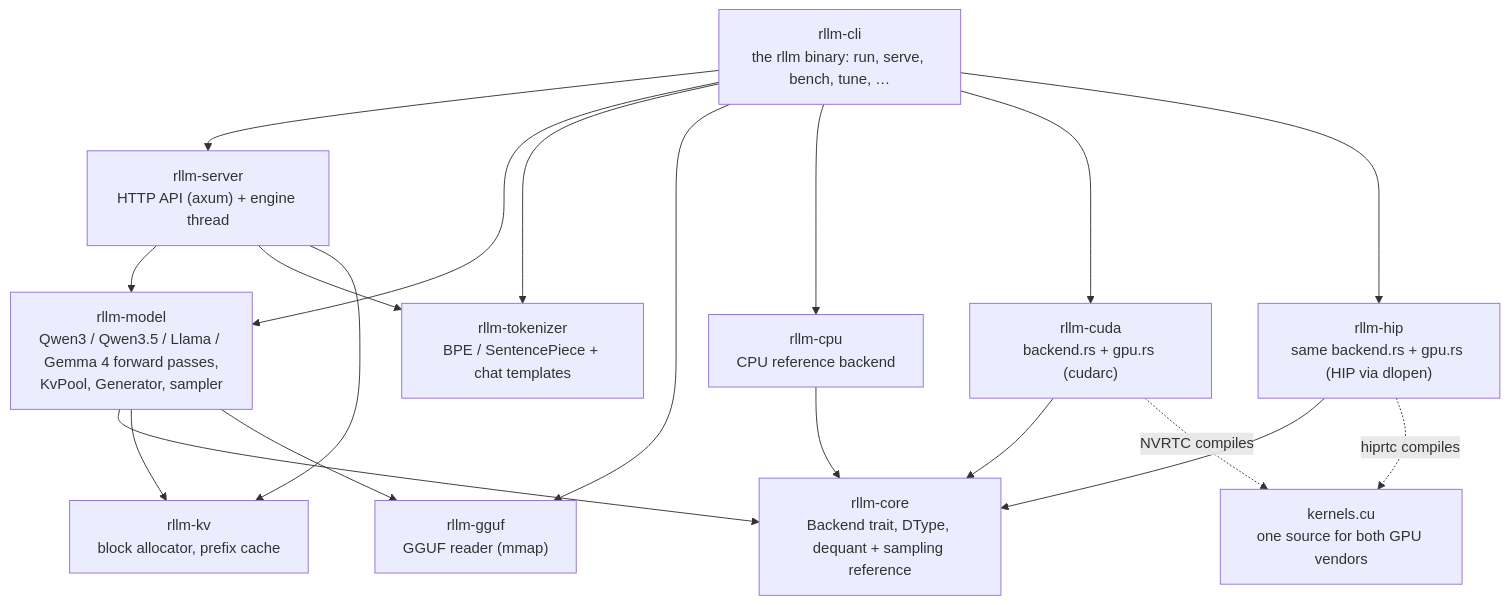
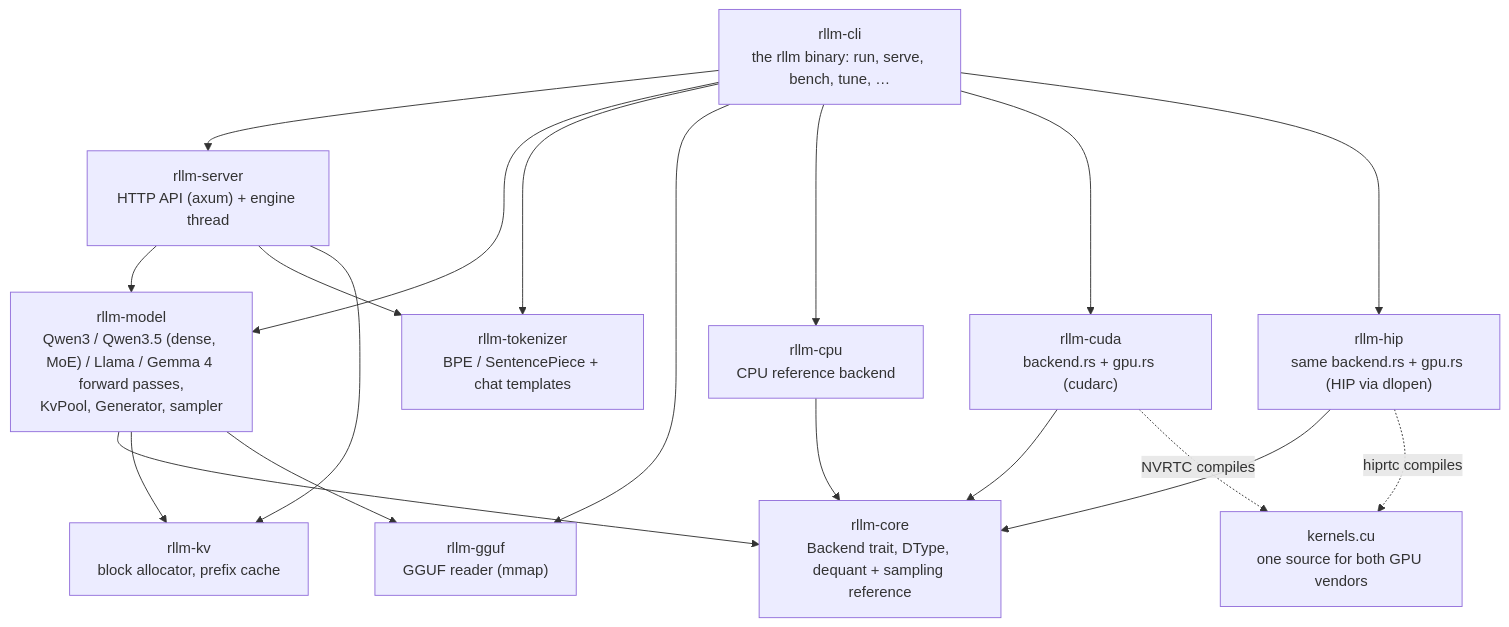
Before and after one commit to AxiomOperator/rllm: the first of 7 diagrams in flow.md, drawn with Mermaid. The commit also changed 16 other files, not shown here.

````diff
--- a/flow.md
+++ b/flow.md
@@ -9,21 +9,21 @@
 ```mermaid
 flowchart TD
     cli["rllm-cli<br/>the rllm binary: run, serve, bench, tune, …"]
     server["rllm-server<br/>HTTP API (axum) + engine thread"]
-    model["rllm-model<br/>Qwen3 / Qwen3.5 / Llama / Gemma 4 forward passes,<br/>KvPool, Generator, sampler"]
+    model["rllm-model<br/>Qwen3 / Qwen3.5 (dense, MoE) / Llama / Gemma 4 forward passes,<br/>KvPool, Generator, sampler"]
     tok["rllm-tokenizer<br/>BPE / SentencePiece + chat templates"]
     kv["rllm-kv<br/>block allocator, prefix cache"]
     gguf["rllm-gguf<br/>GGUF reader (mmap)"]
     core["rllm-core<br/>Backend trait, DType, dequant + sampling reference"]
     cpu["rllm-cpu<br/>CPU reference backend"]
     cuda["rllm-cuda<br/>backend.rs + gpu.rs (cudarc)"]
     hip["rllm-hip<br/>same backend.rs + gpu.rs (HIP via dlopen)"]
     kern["kernels.cu<br/>one source for both GPU vendors"]
 
     cli --> server & model & tok & gguf & cpu & cuda & hip
     server --> model & tok & kv
     model --> core & kv & gguf
     cpu & cuda & hip --> core
     cuda -. "NVRTC compiles" .-> kern
     hip -. "hiprtc compiles" .-> kern
 ```
````
